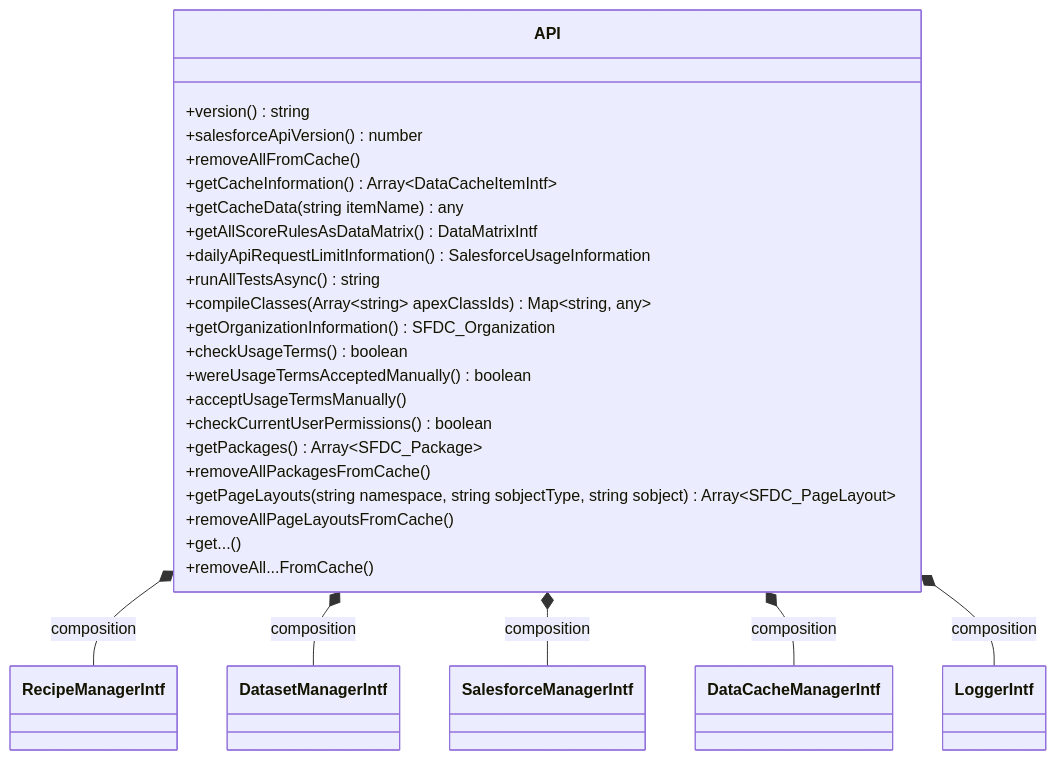
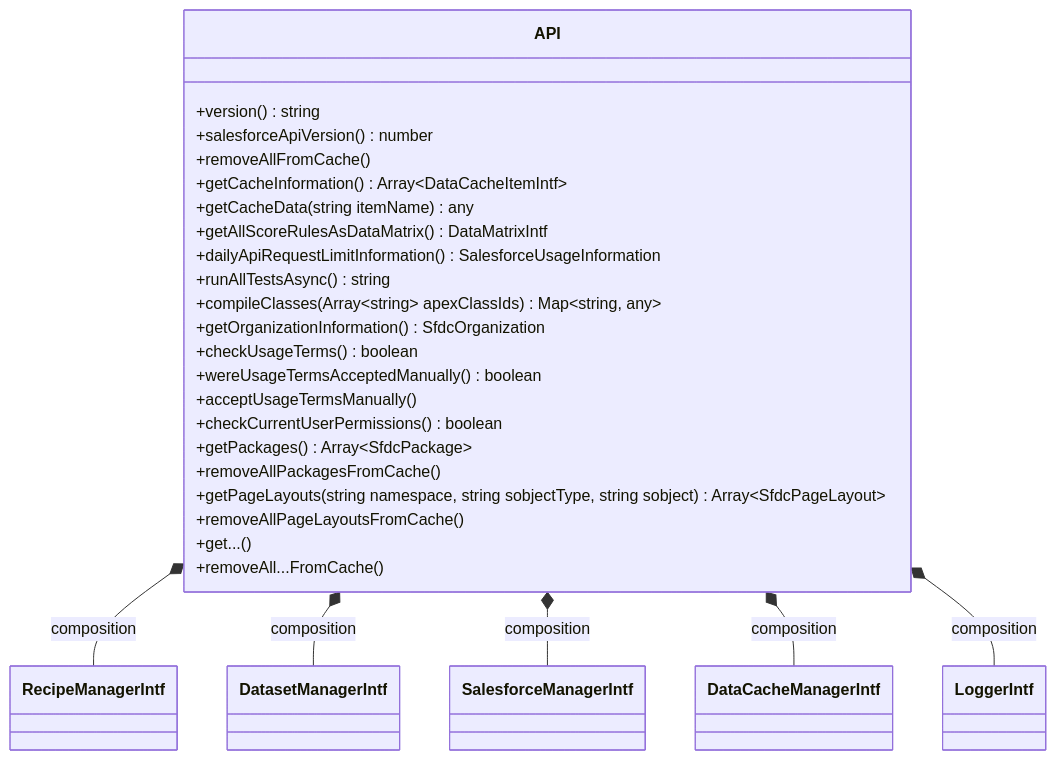
One commit to SalesforceLabs/OrgCheck changed the second of 3 diagrams in docs/index8.classdiagram.md. Above: the diagram before and after it, drawn with Mermaid. The commit also changed other lines of this file and 202 other files, not shown here.

````diff
--- a/docs/index8.classdiagram.md
+++ b/docs/index8.classdiagram.md
@@ -43,31 +43,31 @@
 ```mermaid
 classDiagram
     class API {
         +version() string
         +salesforceApiVersion() number
         +removeAllFromCache()
         +getCacheInformation() Array~DataCacheItemIntf~
         +getCacheData(string itemName) any
         +getAllScoreRulesAsDataMatrix() DataMatrixIntf
         +dailyApiRequestLimitInformation() SalesforceUsageInformation
         +runAllTestsAsync() string
         +compileClasses(Array~string~ apexClassIds) Map~string, any~
-        +getOrganizationInformation() SFDC_Organization
+        +getOrganizationInformation() SfdcOrganization
         +checkUsageTerms() boolean
         +wereUsageTermsAcceptedManually() boolean
         +acceptUsageTermsManually()
         +checkCurrentUserPermissions() boolean
-        +getPackages() Array~SFDC_Package~
+        +getPackages() Array~SfdcPackage~
         +removeAllPackagesFromCache()
-        +getPageLayouts(string namespace, string sobjectType, string sobject) Array~SFDC_PageLayout~
+        +getPageLayouts(string namespace, string sobjectType, string sobject) Array~SfdcPageLayout~
         +removeAllPageLayoutsFromCache()
         +get...()
         +removeAll...FromCache()
     }
 
 API *-- RecipeManagerIntf : composition
 API *-- DatasetManagerIntf : composition
 API *-- SalesforceManagerIntf : composition
 API *-- DataCacheManagerIntf : composition
 API *-- LoggerIntf : composition
 ```
````
